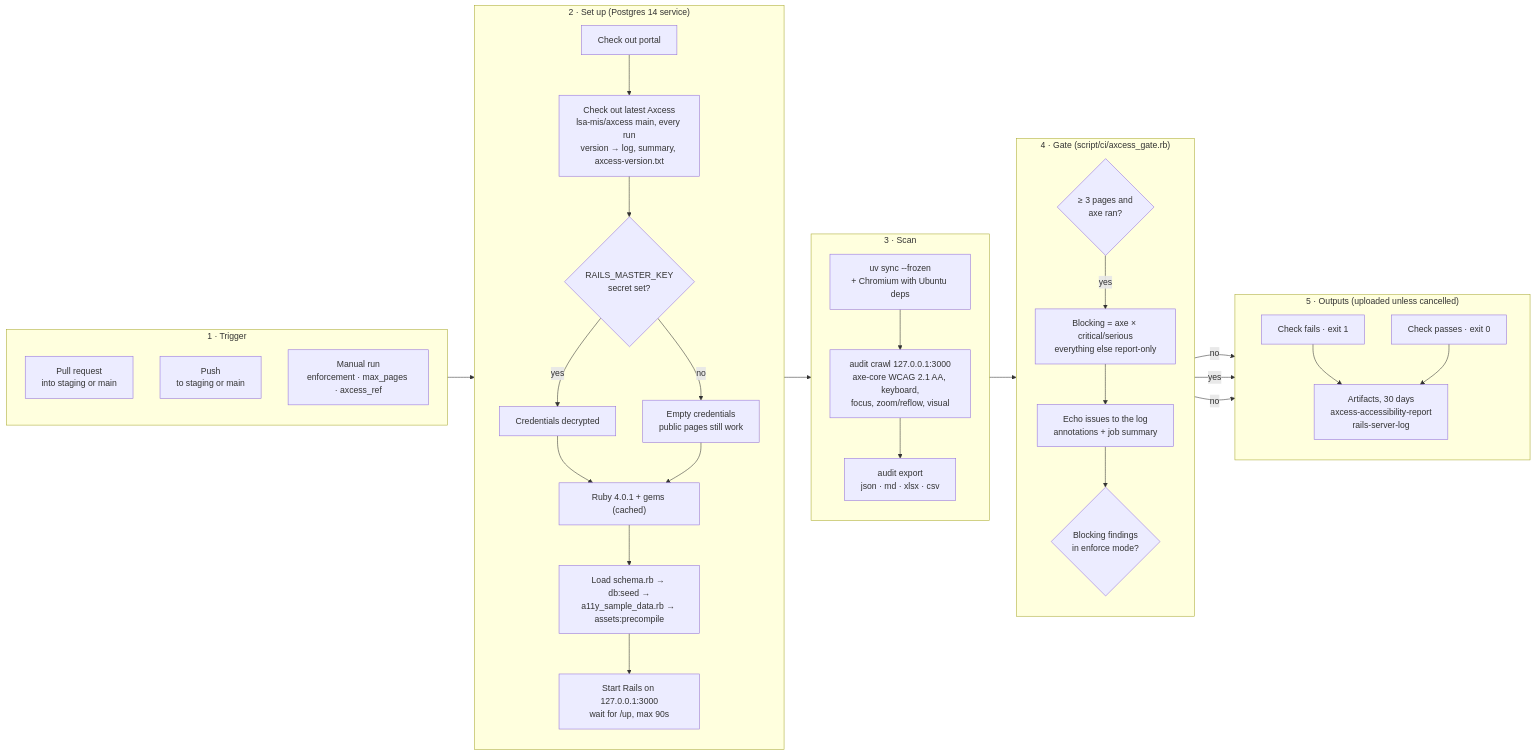
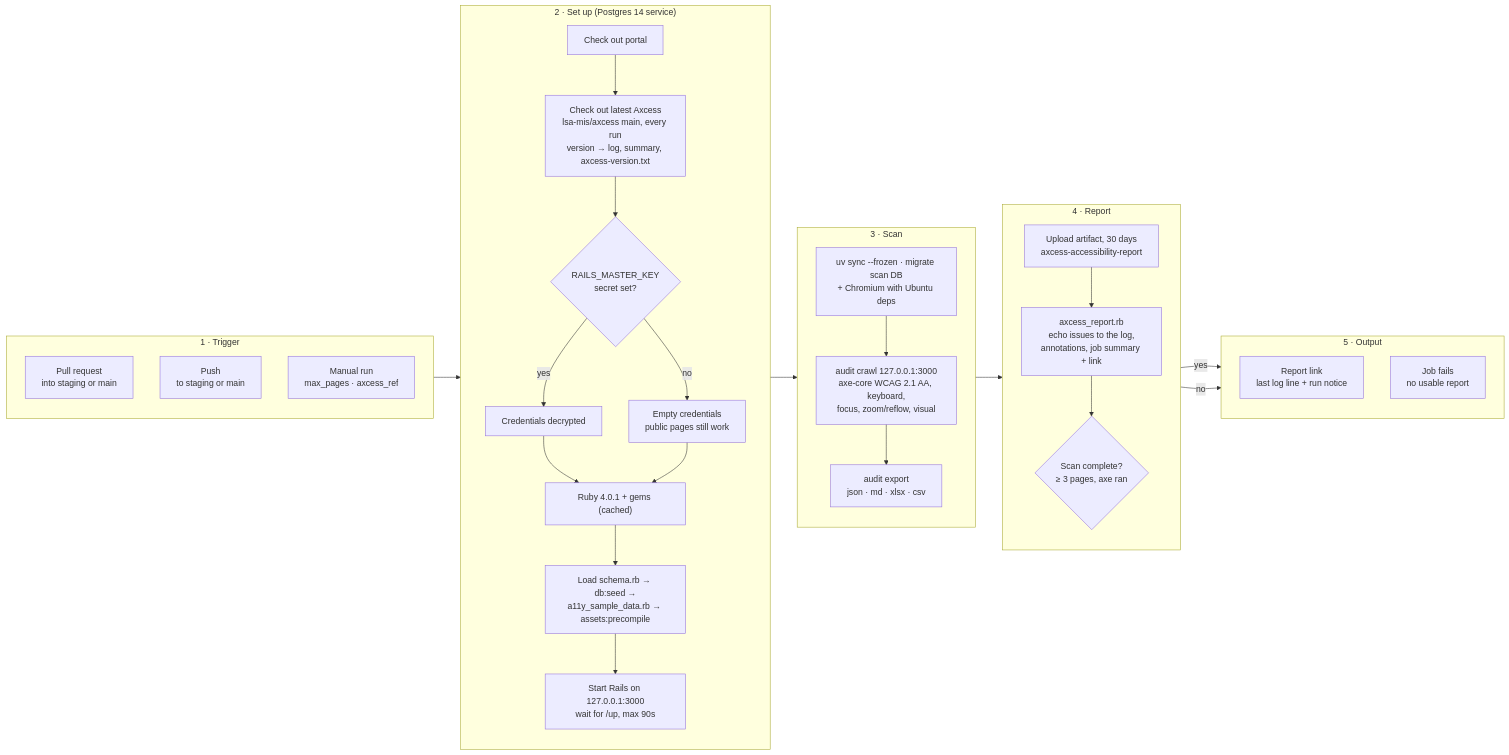
The diagram in reports/README.md (lsa-mis/biorepository_portal), drawn with Mermaid before and after one commit. The commit also changed other lines of this file and 3 other files, not shown here.

First line of the commit message:
Turn the accessibility gate into a report

````diff
--- a/reports/README.md
+++ b/reports/README.md
@@ -17,58 +18,53 @@
 ```mermaid
 flowchart LR
   subgraph trigger["1 · Trigger"]
     direction TB
     pr["Pull request<br/>into staging or main"]
     push["Push<br/>to staging or main"]
-    manual["Manual run<br/>enforcement · max_pages · axcess_ref"]
+    manual["Manual run<br/>max_pages · axcess_ref"]
   end
 
   subgraph setup["2 · Set up (Postgres 14 service)"]
     direction TB
     co_app["Check out portal"]
     co_axcess["Check out latest Axcess<br/>lsa-mis/axcess main, every run<br/>version → log, summary, axcess-version.txt"]
     key{"RAILS_MASTER_KEY<br/>secret set?"}
     key_yes["Credentials decrypted"]
     key_no["Empty credentials<br/>public pages still work"]
     ruby["Ruby 4.0.1 + gems (cached)"]
     db["Load schema.rb → db:seed →<br/>a11y_sample_data.rb → assets:precompile"]
     rails["Start Rails on 127.0.0.1:3000<br/>wait for /up, max 90s"]
     co_app --> co_axcess --> key
     key -- yes --> key_yes --> ruby
     key -- no --> key_no --> ruby
     ruby --> db --> rails
   end
 
   subgraph scan["3 · Scan"]
     direction TB
-    install["uv sync --frozen<br/>+ Chromium with Ubuntu deps"]
+    install["uv sync --frozen · migrate scan DB<br/>+ Chromium with Ubuntu deps"]
     crawl["audit crawl 127.0.0.1:3000<br/>axe-core WCAG 2.1 AA, keyboard,<br/>focus, zoom/reflow, visual"]
     export["audit export<br/>json · md · xlsx · csv"]
     install --> crawl --> export
   end
 
-  subgraph gate["4 · Gate (script/ci/axcess_gate.rb)"]
+  subgraph report["4 · Report"]
     direction TB
-    guard{"≥ 3 pages and<br/>axe ran?"}
-    sort["Blocking = axe × critical/serious<br/>everything else report-only"]
-    echo["Echo issues to the log<br/>annotations + job summary"]
-    decide{"Blocking findings<br/>in enforce mode?"}
-    guard -- yes --> sort --> echo --> decide
+    upload["Upload artifact, 30 days<br/>axcess-accessibility-report"]
+    summarize["axcess_report.rb<br/>echo issues to the log,<br/>annotations, job summary + link"]
+    guard{"Scan complete?<br/>≥ 3 pages, axe ran"}
+    upload --> summarize --> guard
   end
 
-  subgraph outputs["5 · Outputs (uploaded unless cancelled)"]
+  subgraph outputs["5 · Output"]
     direction TB
-    fail["Check fails · exit 1"]
-    pass["Check passes · exit 0"]
-    artifacts["Artifacts, 30 days<br/>axcess-accessibility-report<br/>rails-server-log"]
+    link["Report link<br/>last log line + run notice"]
+    broken["Job fails<br/>no usable report"]
   end
 
   trigger --> co_app
   rails --> install
-  export --> guard
-  guard -- no --> fail
-  decide -- yes --> fail
-  decide -- no --> pass
-  fail --> artifacts
-  pass --> artifacts
+  export --> upload
+  guard -- yes --> link
+  guard -- no --> broken
 ```
````
